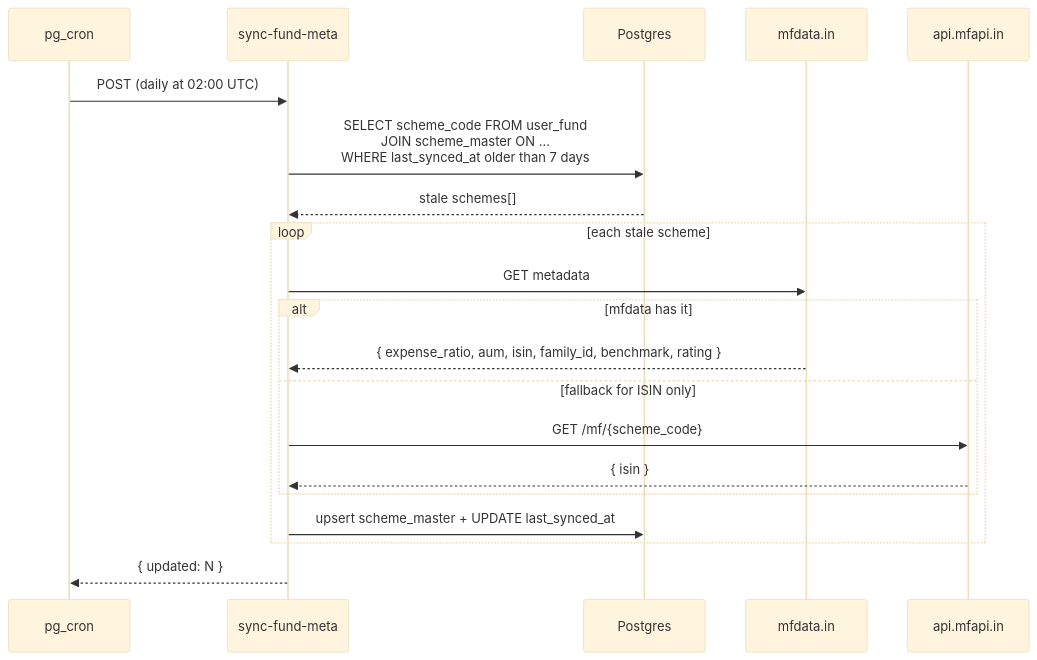
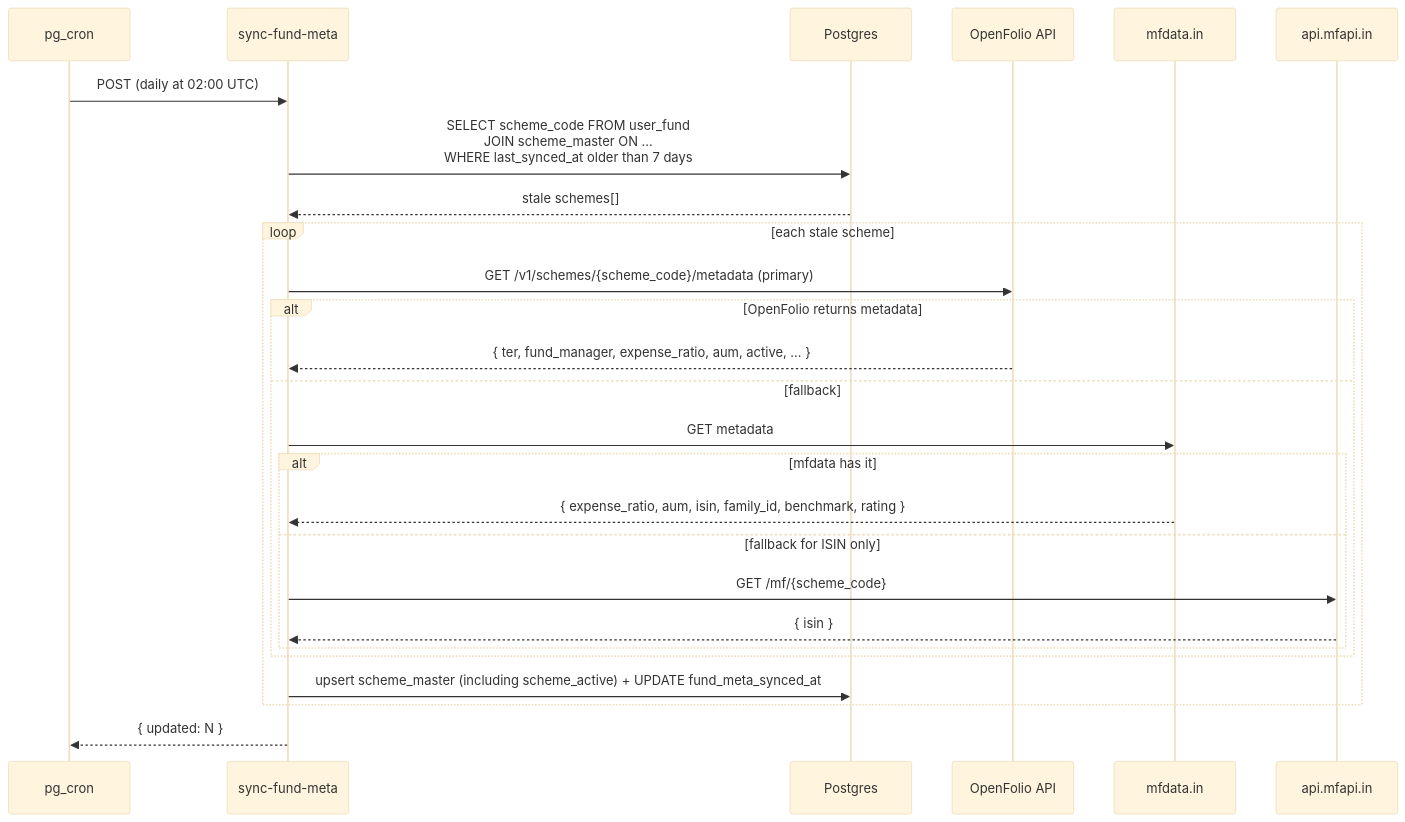
The seventh of 7 diagrams in docs/architecture/data-sync-pipeline.md (himanshu4141/FolioLens), drawn with Mermaid (base theme) before and after one commit. The commit also changed other lines of this file, not shown here.

Commit message:
docs(data-sync): document scheme_active column and its writers
Add details about the new scheme_active column that persists OpenFolio's
registry signal (true = active in AMFI NAVAll within 30d; false = wound-up;
null = not yet synced). Document both writers (sync-fund-meta daily,
universe-backfill bulk) and the picker's ranking strategy.

````diff
--- a/docs/architecture/data-sync-pipeline.md
+++ b/docs/architecture/data-sync-pipeline.md
@@ -217,23 +217,29 @@
 ```mermaid
 sequenceDiagram
   participant Cron as pg_cron
   participant Fn as sync-fund-meta
   participant DB as Postgres
+  participant OF as OpenFolio API
   participant Mfd as mfdata.in
   participant Mf as api.mfapi.in
 
   Cron->>Fn: POST (daily at 02:00 UTC)
   Fn->>DB: SELECT scheme_code FROM user_fund<br/>JOIN scheme_master ON ...<br/>WHERE last_synced_at older than 7 days
   DB-->>Fn: stale schemes[]
   loop each stale scheme
-    Fn->>Mfd: GET metadata
-    alt mfdata has it
-      Mfd-->>Fn: { expense_ratio, aum, isin, family_id, benchmark, rating }
-    else fallback for ISIN only
-      Fn->>Mf: GET /mf/{scheme_code}
-      Mf-->>Fn: { isin }
+    Fn->>OF: GET /v1/schemes/{scheme_code}/metadata (primary)
+    alt OpenFolio returns metadata
+      OF-->>Fn: { ter, fund_manager, expense_ratio, aum, active, … }
+    else fallback
+      Fn->>Mfd: GET metadata
+      alt mfdata has it
+        Mfd-->>Fn: { expense_ratio, aum, isin, family_id, benchmark, rating }
+      else fallback for ISIN only
+        Fn->>Mf: GET /mf/{scheme_code}
+        Mf-->>Fn: { isin }
+      end
     end
-    Fn->>DB: upsert scheme_master + UPDATE last_synced_at
+    Fn->>DB: upsert scheme_master (including scheme_active) + UPDATE fund_meta_synced_at
   end
   Fn-->>Cron: { updated: N }
 ```
````
